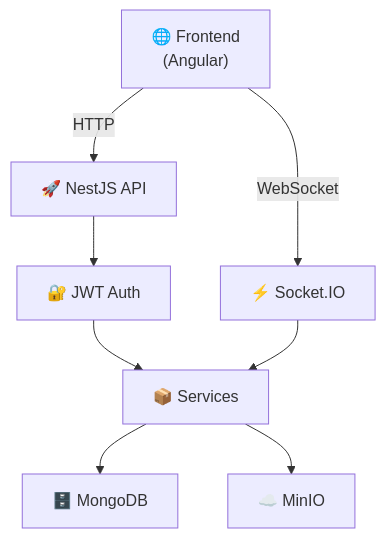
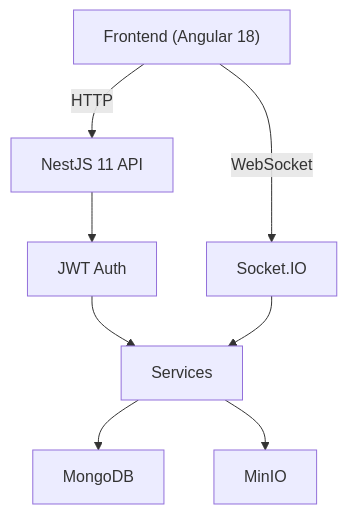
The diagram in docs-post-message/README.md (Byroncl/laboratory-reviews), drawn with Mermaid before and after one commit. The commit also changed other lines of this file and 26 other files, not shown here.

````diff
--- a/docs-post-message/README.md
+++ b/docs-post-message/README.md
@@ -114,18 +132,18 @@
 ```mermaid
 graph TB
-    Client["🌐 Frontend<br/>(Angular)"]
-    API["🚀 NestJS API"]
-    Auth["🔐 JWT Auth"]
-    Services["📦 Services"]
-    DB["🗄️ MongoDB"]
-    Storage["☁️ MinIO"]
-    Socket["⚡ Socket.IO"]
-    
+    Client["Frontend (Angular 18)"]
+    API["NestJS 11 API"]
+    Auth["JWT Auth"]
+    Services["Services"]
+    DB["MongoDB"]
+    Storage["MinIO"]
+    Socket["Socket.IO"]
+
     Client -->|HTTP| API
     Client -->|WebSocket| Socket
     API --> Auth
     Auth --> Services
     Services --> DB
     Services --> Storage
     Socket --> Services
 ```
````
